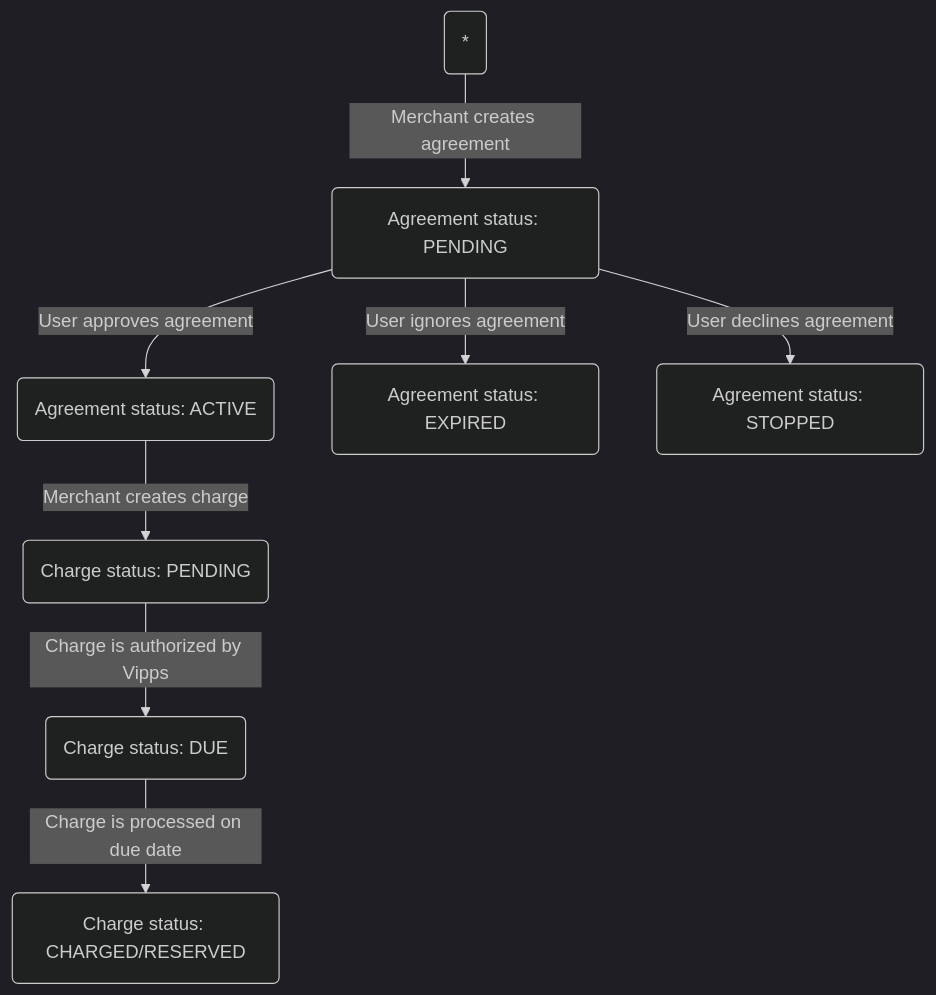
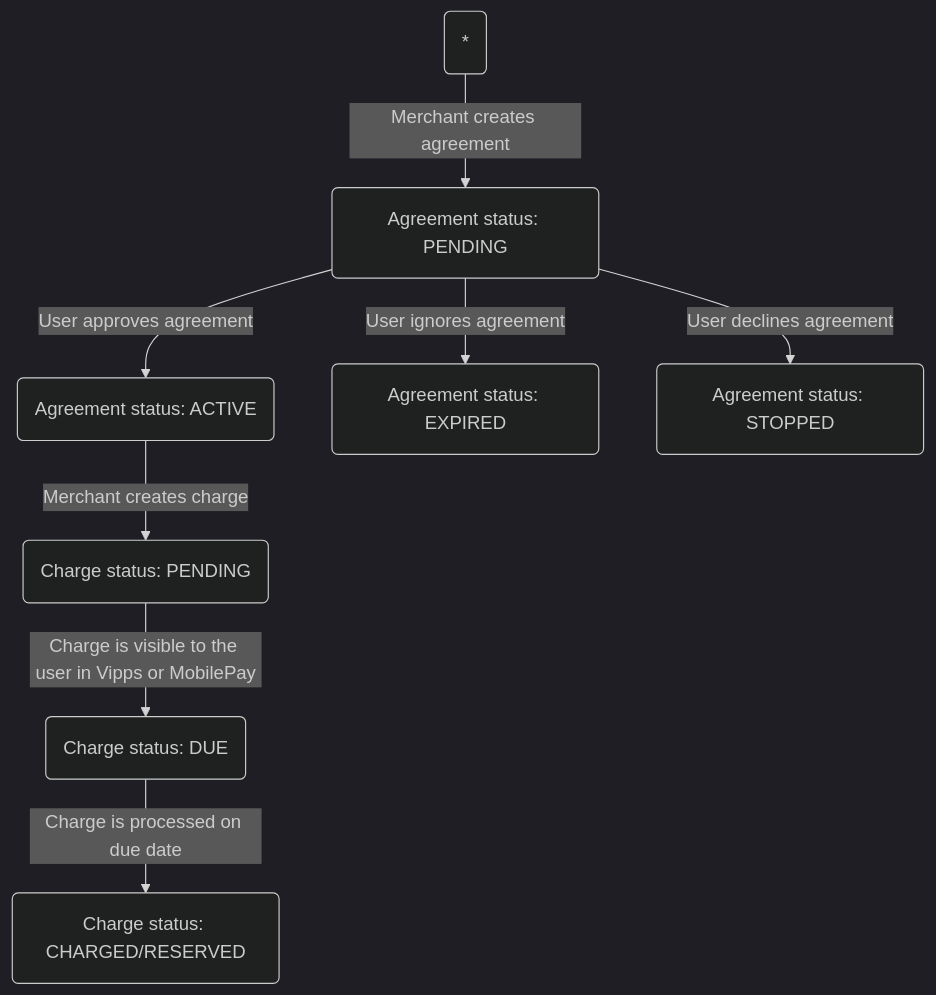
One commit to vippsas/vipps-recurring-api changed the diagram in vipps-recurring-api.md. Above: the diagram before and after it, drawn with Mermaid (dark theme).

Commit message:
improve text in flow chart

````diff
--- a/vipps-recurring-api.md
+++ b/vipps-recurring-api.md
@@ -78,12 +78,12 @@
 ``` mermaid
 flowchart
     A(*)
     B(Agreement status: PENDING)
     A --> |Merchant creates agreement| B
     B --> |User approves agreement| C1(Agreement status: ACTIVE)
     B --> |User ignores agreement| C2(Agreement status: EXPIRED)
     B --> |User declines agreement| C3(Agreement status: STOPPED)
     C1 --> |Merchant creates charge| D1(Charge status: PENDING)
-    D1 --> |Charge is authorized by Vipps| D2(Charge status: DUE)
+    D1 --> |Charge is visible to the user in Vipps or MobilePay| D2(Charge status: DUE)
     D2 --> |Charge is processed on due date| D3(Charge status: CHARGED/RESERVED)
-```
+```    
````
